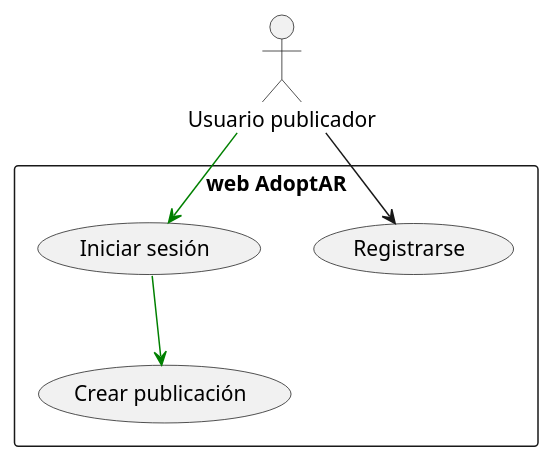
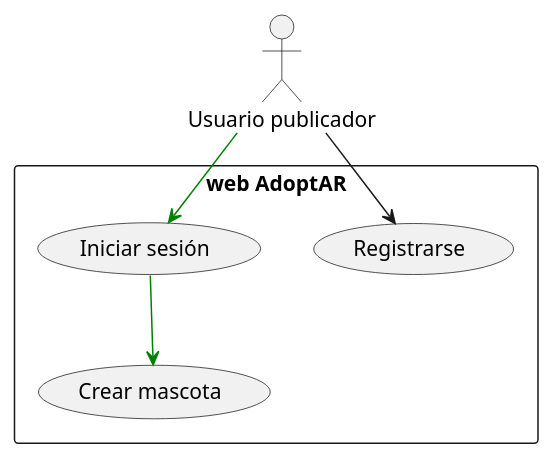
Before and after one commit to fedef1982/2025-TUP-Prog3-TP-Grupo2: the diagram in documentacion/diagramas/casos_de_uso1.puml, drawn with PlantUML. The commit also changed 7 other files, not shown here.

Commit message:
cambios en diagramas

```diff
--- a/documentacion/diagramas/casos_de_uso1.puml
+++ b/documentacion/diagramas/casos_de_uso1.puml
@@ -1,19 +1,19 @@
 @startuml caso de uso 1
 
 'caso de uso 1 
 'Usuario publicador (registrado y autenticado):
 
 actor "Usuario publicador" as Publicador
 
 rectangle "web AdoptAR" {
     
     (Registrarse) as Registrarse
     (Iniciar sesión) as IniciarSesion
-    (Crear publicación) as CrearPublicacion
+    (Crear mascota) as CrearMascota
 }
 
 Publicador --> Registrarse
 Publicador -[#green]-> IniciarSesion
-IniciarSesion -[#green]-> CrearPublicacion
+IniciarSesion -[#green]-> CrearMascota
 
 @enduml
```
